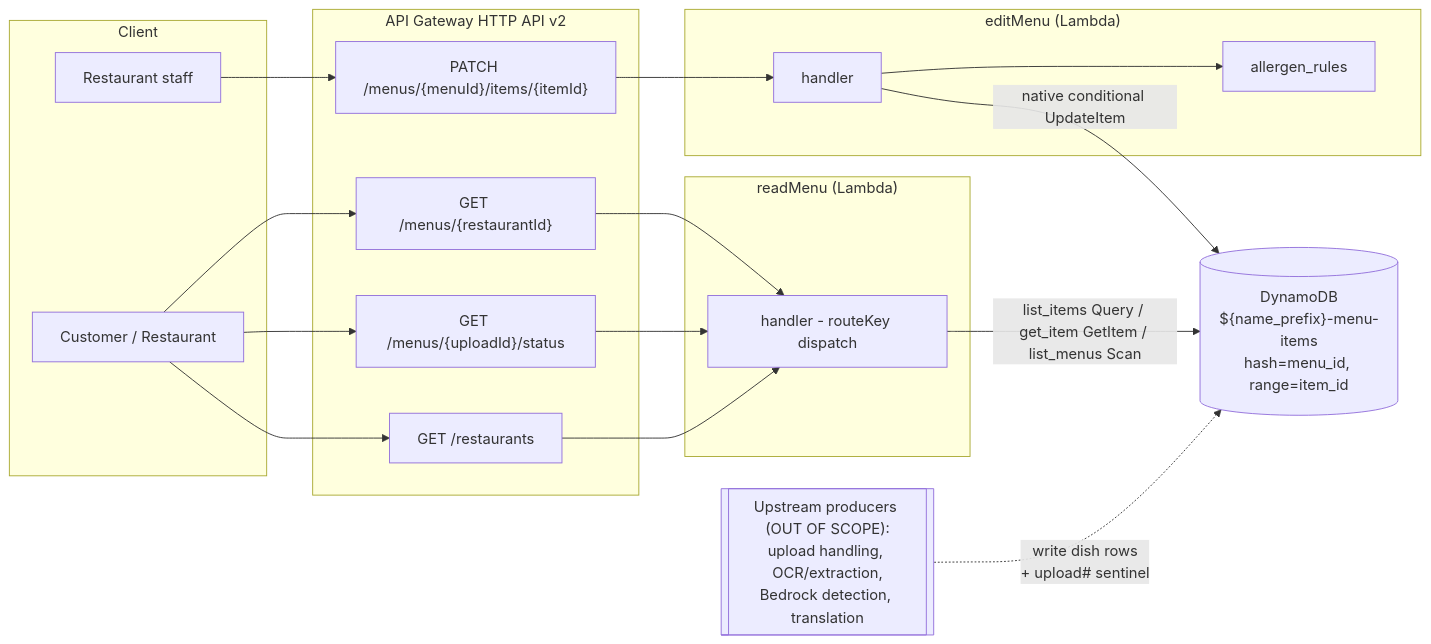
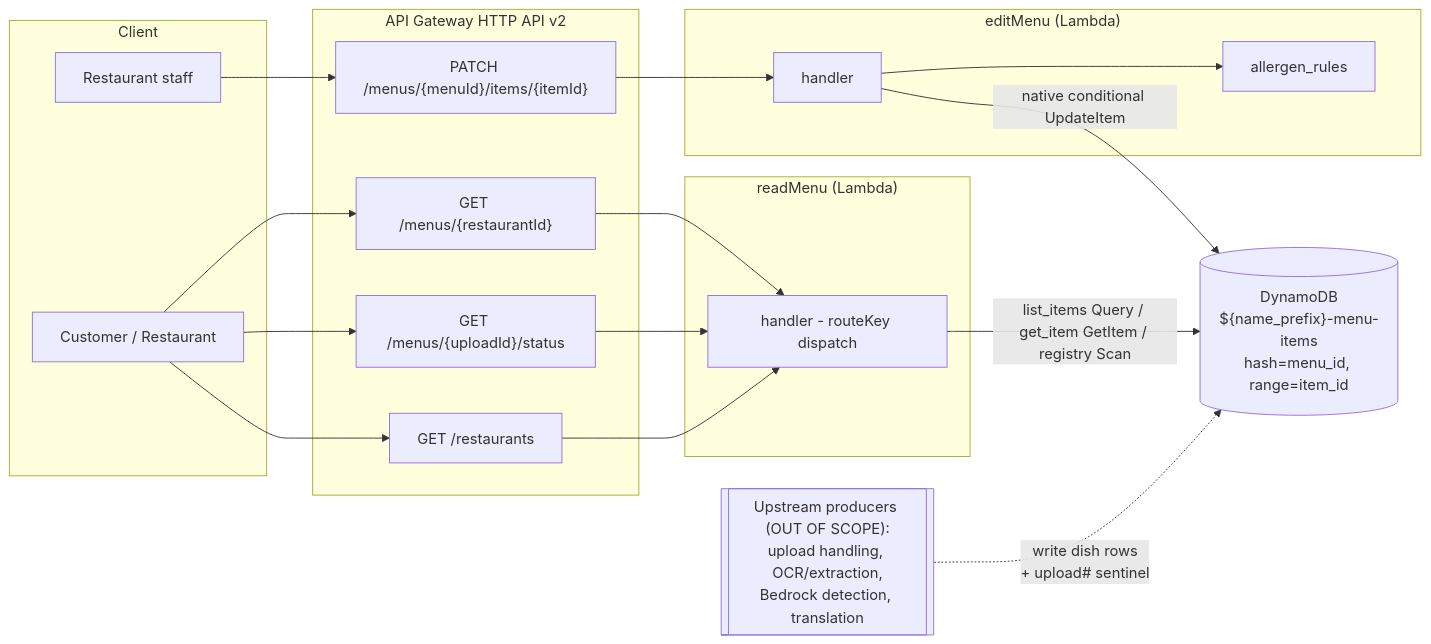
The first of 4 diagrams in menu-read-edit-lambdas/design.md (vedantbhadri/AI-Powered-Allergen-Compliance-and-Menu-Translation), drawn with Mermaid before and after one commit. The commit also changed other lines of this file and 5 other files, not shown here.

````diff
--- a/menu-read-edit-lambdas/design.md
+++ b/menu-read-edit-lambdas/design.md
@@ -67,33 +72,33 @@
 ```mermaid
 flowchart LR
     subgraph Client
       Diner[Customer / Restaurant]
       Kitchen[Restaurant staff]
     end
 
     subgraph APIGW["API Gateway HTTP API v2"]
       RT1["GET /menus/{restaurantId}"]
       RT2["GET /menus/{uploadId}/status"]
       RT4["GET /restaurants"]
       RT3["PATCH /menus/{menuId}/items/{itemId}"]
     end
 
     subgraph Read["readMenu (Lambda)"]
       RH[handler - routeKey dispatch]
     end
     subgraph Edit["editMenu (Lambda)"]
       EH[handler]
       AR[allergen_rules]
     end
 
     DDB[("DynamoDB\n${name_prefix}-menu-items\nhash=menu_id, range=item_id")]
 
     Diner --> RT1 --> RH
     Diner --> RT2 --> RH
     Diner --> RT4 --> RH
     Kitchen --> RT3 --> EH --> AR
-    RH -->|list_items Query / get_item GetItem / list_menus Scan| DDB
+    RH -->|list_items Query / get_item GetItem / registry Scan| DDB
     EH -->|native conditional UpdateItem| DDB
 
     Producers[["Upstream producers (OUT OF SCOPE):\nupload handling, OCR/extraction,\nBedrock detection, translation"]] -.->|write dish rows\n+ upload# sentinel| DDB
 ```
````
